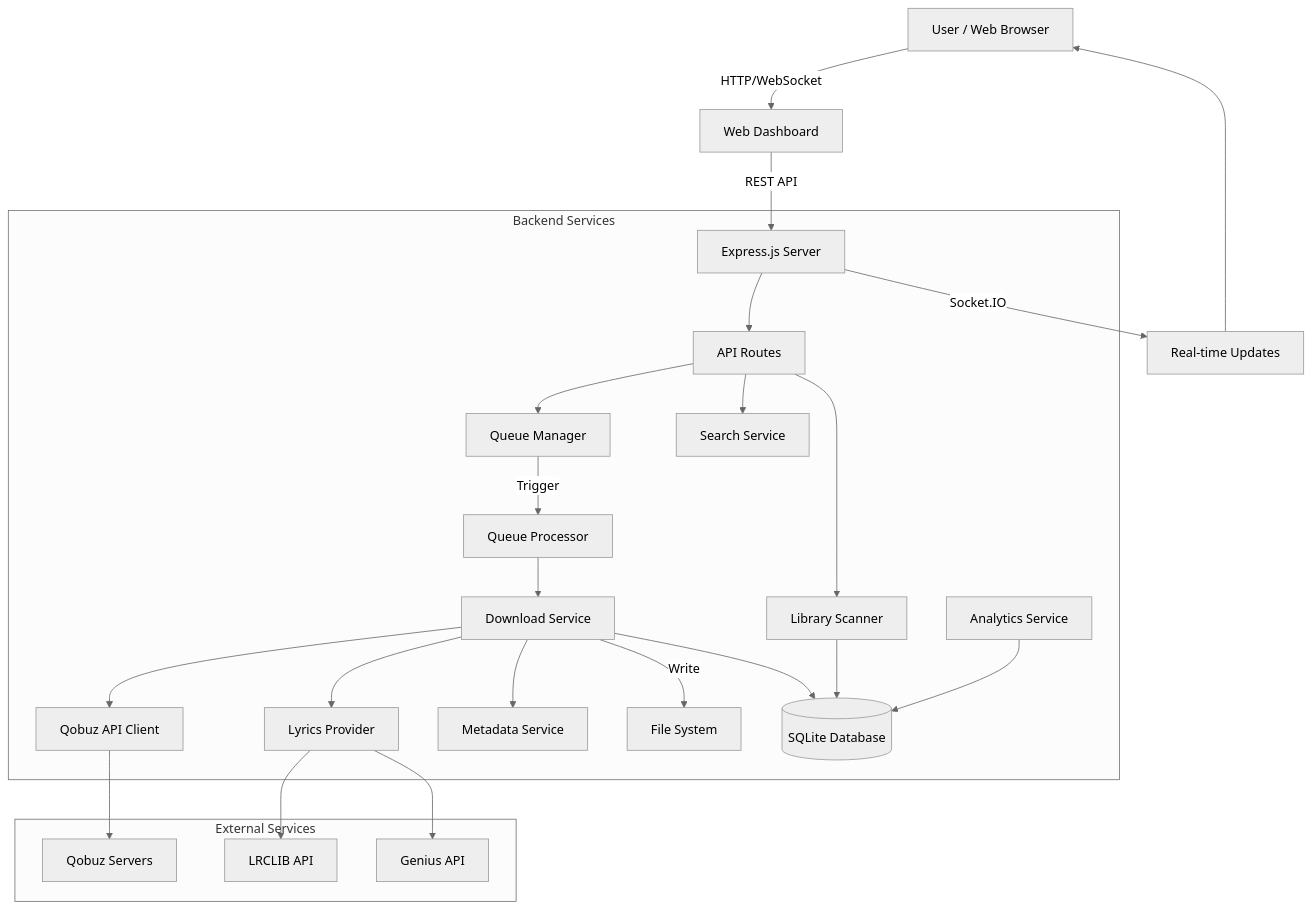
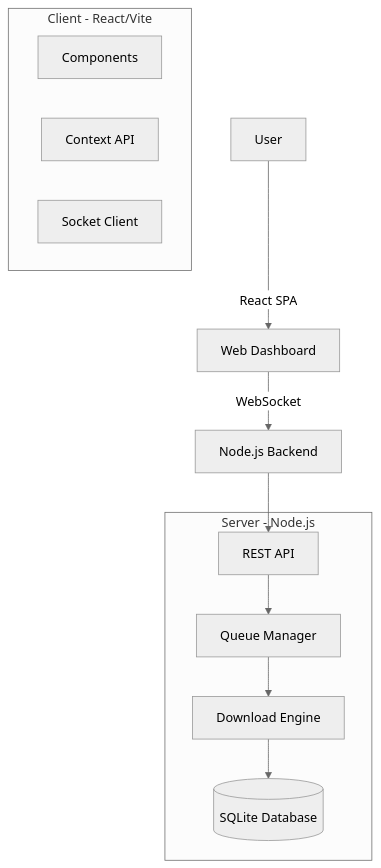
The diagram in README.md (ifauzeee/QBZ-Downloader), drawn with Mermaid (neutral theme) before and after one commit. The commit also changed other lines of this file and 71 other files, not shown here.

First line of the commit message:
feat(release): v4.0.0 - Major Overhaul with React Frontend & Enhanced Audio Experience

````diff
--- a/README.md
+++ b/README.md
@@ -1047,32 +196,23 @@
 ```mermaid
 graph TD
-    User[User / Web Browser] -->|HTTP/WebSocket| Dashboard[Web Dashboard]
-    Dashboard -->|REST API| Express[Express.js Server]
+    User[User] -->|React SPA| Dashboard[Web Dashboard]
+    Dashboard -->|WebSocket| Express[Node.js Backend]
     
-    subgraph Backend Services
-        Express --> Router[API Routes]
-        Router --> Queue[Queue Manager]
-        Router --> Search[Search Service]
-        Router --> Library[Library Scanner]
-        
-        Queue -->|Trigger| Processor[Queue Processor]
-        Processor --> Downloader[Download Service]
-        Downloader --> QobuzAPI[Qobuz API Client]
-        Downloader --> Lyrics[Lyrics Provider]
-        Downloader --> Metadata[Metadata Service]
-        Downloader -->|Write| FileSystem[File System]
-        
-        Downloader --> DB[(SQLite Database)]
-        Library --> DB
-        Analytics[Analytics Service] --> DB
+    subgraph Frontend [Client - React/Vite]
+        UI[Components]
+        State[Context API]
+        Socket[Socket Client]
+    end
+
+    subgraph Backend [Server - Node.js]
+        API[REST API]
+        Queue[Queue Manager]
+        Downloader[Download Engine]
+        DB[(SQLite Database)]
     end
     
-    subgraph External Services
-        QobuzAPI --> Qobuz[Qobuz Servers]
-        Lyrics --> LRCLIB[LRCLIB API]
-        Lyrics --> Genius[Genius API]
-    end
-    
-    Express -->|Socket.IO| Realtime[Real-time Updates]
-    Realtime --> User
+    Express --> API
+    API --> Queue
+    Queue --> Downloader
+    Downloader --> DB
 ```
````
